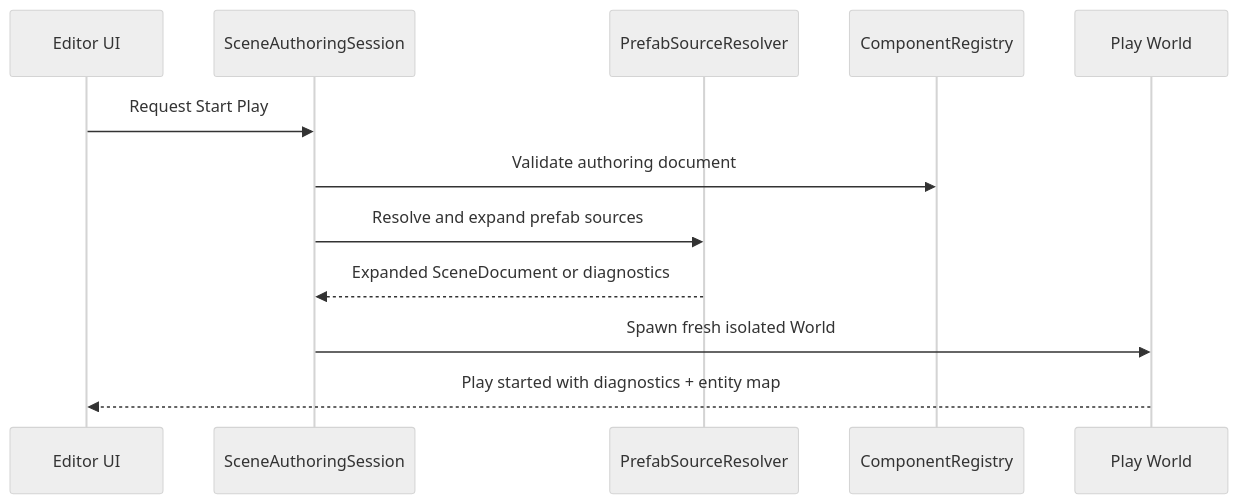
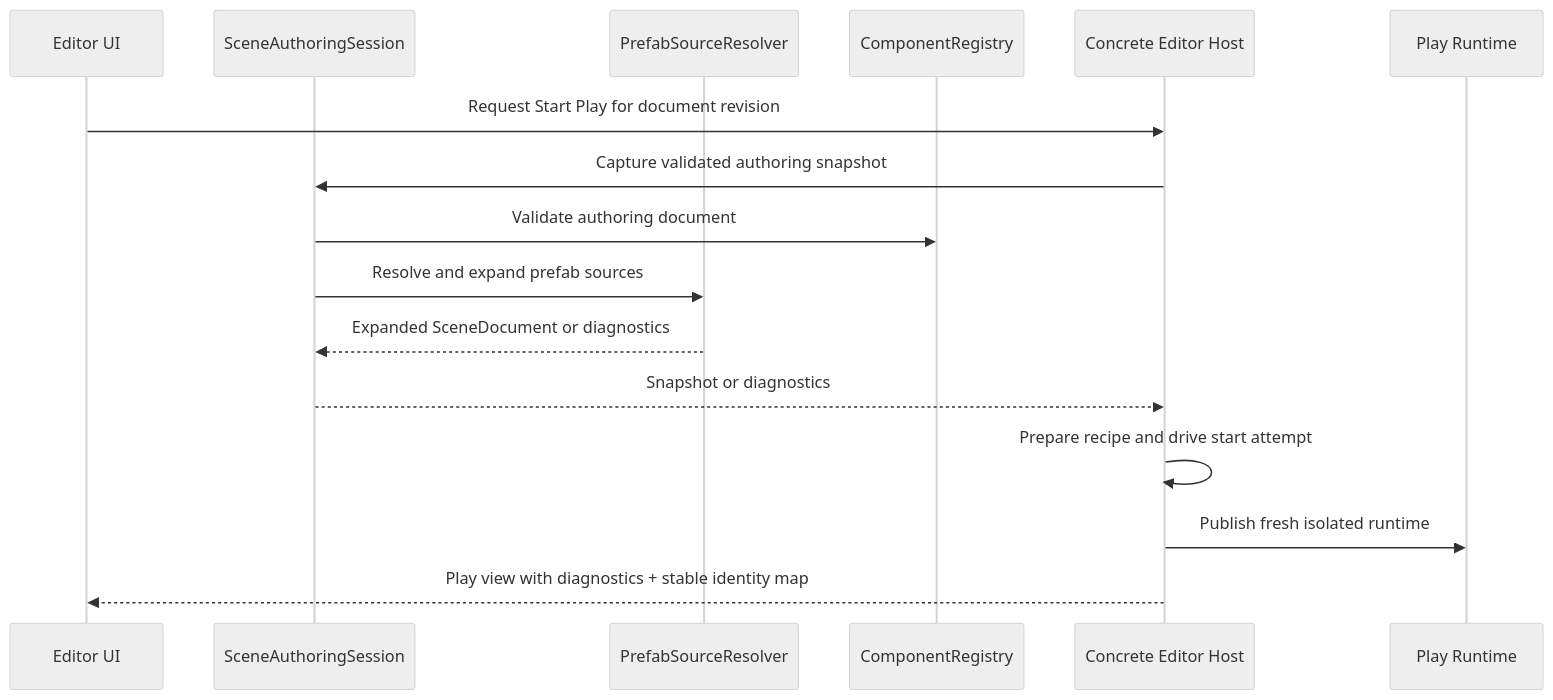
One commit to Latias94/nara changed the second of 4 diagrams in docs/architecture/adr/0034-editor-play-mode-world-boundary.md. Above: the diagram before and after it, drawn with Mermaid (neutral theme). The commit also changed other lines of this file and 15 other files, not shown here.

First line of the commit message:
docs(architecture): tighten runtime and authoring interfaces

````diff
--- a/docs/architecture/adr/0034-editor-play-mode-world-boundary.md
+++ b/docs/architecture/adr/0034-editor-play-mode-world-boundary.md
@@ -110,15 +135,19 @@
 ```mermaid
 sequenceDiagram
     participant UI as Editor UI
     participant Session as SceneAuthoringSession
     participant Resolver as PrefabSourceResolver
     participant Registry as ComponentRegistry
-    participant Play as Play World
+    participant Host as Concrete Editor Host
+    participant Play as Play Runtime
 
-    UI->>Session: Request Start Play
+    UI->>Host: Request Start Play for document revision
+    Host->>Session: Capture validated authoring snapshot
     Session->>Registry: Validate authoring document
     Session->>Resolver: Resolve and expand prefab sources
     Resolver-->>Session: Expanded SceneDocument or diagnostics
-    Session->>Play: Spawn fresh isolated World
-    Play-->>UI: Play started with diagnostics + entity map
+    Session-->>Host: Snapshot or diagnostics
+    Host->>Host: Prepare recipe and drive start attempt
+    Host->>Play: Publish fresh isolated runtime
+    Host-->>UI: Play view with diagnostics + stable identity map
 ```
````
